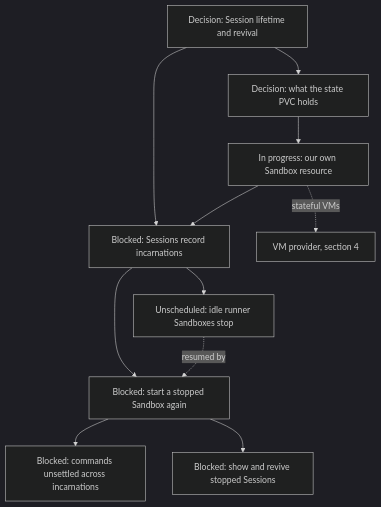
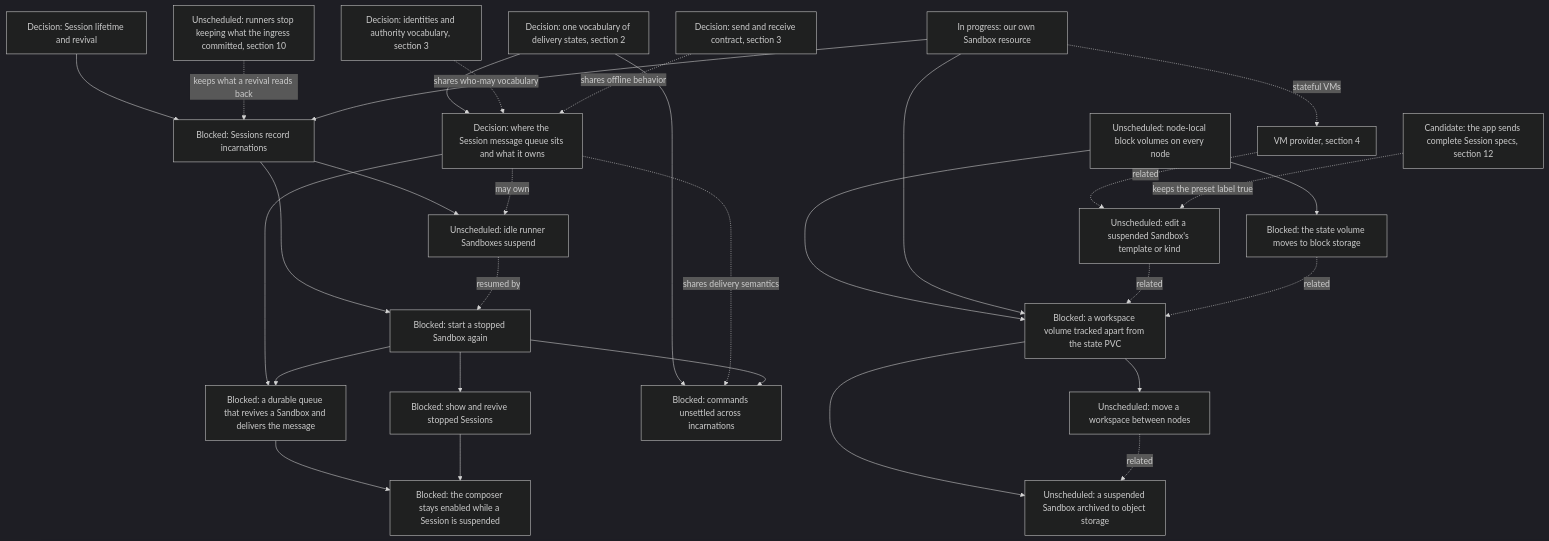
One commit to agentydragon-agent/ducktape changed the ninth of 15 diagrams in agentplane/plans/task_dag.md. Above: the diagram before and after it, drawn with Mermaid (dark theme). The commit also changed other lines of this file, not shown here.

First line of the commit message:
agentplane: add the DOCKABLE_PANES node to the task DAG (#10306)

````diff
--- a/agentplane/plans/task_dag.md
+++ b/agentplane/plans/task_dag.md
@@ -642,21 +697,48 @@
 ```mermaid
 flowchart TD
     DURABLE_SESSION_LIFECYCLE[Decision: Session lifetime and revival]
-    SESSION_STATE_VOLUME_DESIGN[Decision: what the state PVC holds]
+    STATE_VOLUME_BLOCK[Blocked: the state volume moves to block storage]
+    NODE_LOCAL_BLOCK_STORAGE[Unscheduled: node-local block volumes on every node]
+    WORKSPACE_VOLUME[Blocked: a workspace volume tracked apart from the state PVC]
+    SANDBOX_SPEC_EDIT[Unscheduled: edit a suspended Sandbox's template or kind]
+    WORKSPACE_NODE_PORTABILITY[Unscheduled: move a workspace between nodes]
+    SANDBOX_ARCHIVE[Unscheduled: a suspended Sandbox archived to object storage]
     AGENTPLANE_SANDBOX_RESOURCE[In progress: our own Sandbox resource]
     SESSION_INCARNATIONS[Blocked: Sessions record incarnations]
     SESSION_REVIVE[Blocked: start a stopped Sandbox again]
+    SESSION_QUEUE_DESIGN[Decision: where the Session message queue sits and what it owns]
+    SESSION_MESSAGE_QUEUE[Blocked: a durable queue that revives a Sandbox and delivers the message]
+    SUSPENDED_COMPOSER[Blocked: the composer stays enabled while a Session is suspended]
     THREAD_SUCCESSOR_DELIVERY[Blocked: commands unsettled across incarnations]
     HOSTED_THREAD_SURFACES[Blocked: show and revive stopped Sessions]
     VM_PROVIDER[VM provider, section 4]
-    DURABLE_SESSION_LIFECYCLE --> SESSION_STATE_VOLUME_DESIGN
     DURABLE_SESSION_LIFECYCLE --> SESSION_INCARNATIONS
-    SESSION_STATE_VOLUME_DESIGN --> AGENTPLANE_SANDBOX_RESOURCE
+    NODE_LOCAL_BLOCK_STORAGE --> STATE_VOLUME_BLOCK
+    NODE_LOCAL_BLOCK_STORAGE --> WORKSPACE_VOLUME
+    AGENTPLANE_SANDBOX_RESOURCE --> WORKSPACE_VOLUME
+    WORKSPACE_VOLUME --> WORKSPACE_NODE_PORTABILITY
+    WORKSPACE_VOLUME --> SANDBOX_ARCHIVE
+    WORKSPACE_NODE_PORTABILITY -. related .-> SANDBOX_ARCHIVE
+    SANDBOX_SPEC_EDIT -. related .-> WORKSPACE_VOLUME
+    VM_PROVIDER -. related .-> SANDBOX_SPEC_EDIT
+    APP_SESSION_DEFAULTS[Candidate: the app sends complete Session specs, section 12] -. keeps the preset label true .-> SANDBOX_SPEC_EDIT
+    RUNNER_JOURNAL_TRIM[Unscheduled: runners stop keeping what the ingress committed, section 10] -. keeps what a revival reads back .-> SESSION_INCARNATIONS
+    STATE_VOLUME_BLOCK -. related .-> WORKSPACE_VOLUME
     AGENTPLANE_SANDBOX_RESOURCE --> SESSION_INCARNATIONS
     AGENTPLANE_SANDBOX_RESOURCE -. stateful VMs .-> VM_PROVIDER
     SESSION_INCARNATIONS --> SESSION_REVIVE
-    SESSION_INCARNATIONS --> SANDBOX_IDLE_EXPIRY[Unscheduled: idle runner Sandboxes stop]
+    SESSION_INCARNATIONS --> SANDBOX_IDLE_EXPIRY[Unscheduled: idle runner Sandboxes suspend]
     SANDBOX_IDLE_EXPIRY -. resumed by .-> SESSION_REVIVE
+    SESSION_QUEUE_DESIGN --> SESSION_MESSAGE_QUEUE
+    SESSION_REVIVE --> SESSION_MESSAGE_QUEUE
+    SESSION_MESSAGE_QUEUE --> SUSPENDED_COMPOSER
+    HOSTED_THREAD_SURFACES --> SUSPENDED_COMPOSER
+    COMMAND_DELIVERY_STATES[Decision: one vocabulary of delivery states, section 2] --> SESSION_QUEUE_DESIGN
+    COMMAND_DELIVERY_STATES --> THREAD_SUCCESSOR_DELIVERY
+    MULTIAGENT_MODEL[Decision: identities and authority vocabulary, section 3] -. shares who-may vocabulary .-> SESSION_QUEUE_DESIGN
+    AGENT_MESSAGING_DESIGN[Decision: send and receive contract, section 3] -. shares offline behavior .-> SESSION_QUEUE_DESIGN
+    SESSION_QUEUE_DESIGN -. may own .-> SANDBOX_IDLE_EXPIRY
+    SESSION_QUEUE_DESIGN -. shares delivery semantics .-> THREAD_SUCCESSOR_DELIVERY
     SESSION_REVIVE --> THREAD_SUCCESSOR_DELIVERY
     SESSION_REVIVE --> HOSTED_THREAD_SURFACES
 ```
````
